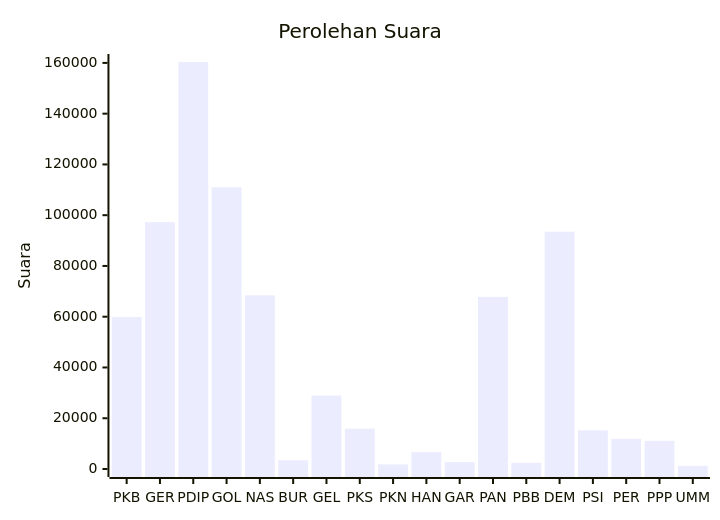
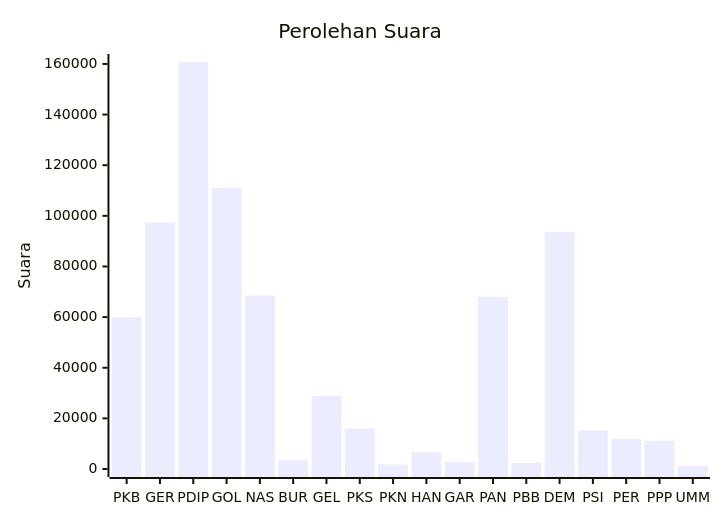
One commit to gigit-pemilu/pemilu-2024 changed the diagram in pileg-dpr/hitung-suara/sub/table-wilayah-62.md. Above: the diagram before and after it, drawn with Mermaid. The commit also changed other lines of this file and 24 other files, not shown here.

````diff
--- a/pileg-dpr/hitung-suara/sub/table-wilayah-62.md
+++ b/pileg-dpr/hitung-suara/sub/table-wilayah-62.md
@@ -7,7 +7,7 @@
 ```mermaid
 xychart-beta
     title "Perolehan Suara"
     x-axis [PKB, GER, PDIP, GOL, NAS, BUR, GEL, PKS, PKN, HAN, GAR, PAN, PBB, DEM, PSI, PER, PPP, UMM]
-    y-axis "Suara" 0 --> 160358
-    bar [59897, 97265, 160358, 110983, 68451, 3453, 28946, 15910, 1813, 6641, 2702, 67812, 2432, 93499, 15264, 11848, 11091, 1257]
+    y-axis "Suara" 0 --> 160767
+    bar [60033, 97453, 160767, 111108, 68584, 3463, 28958, 15998, 1815, 6652, 2709, 67997, 2440, 93706, 15281, 11887, 11119, 1258]
 ```
````
